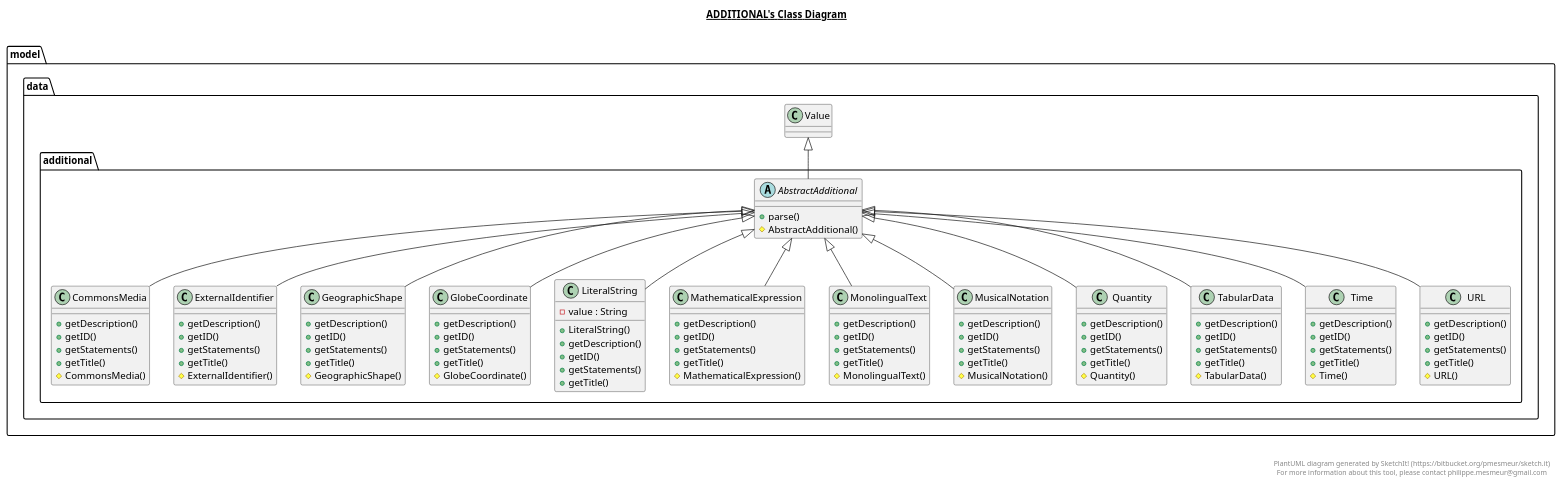
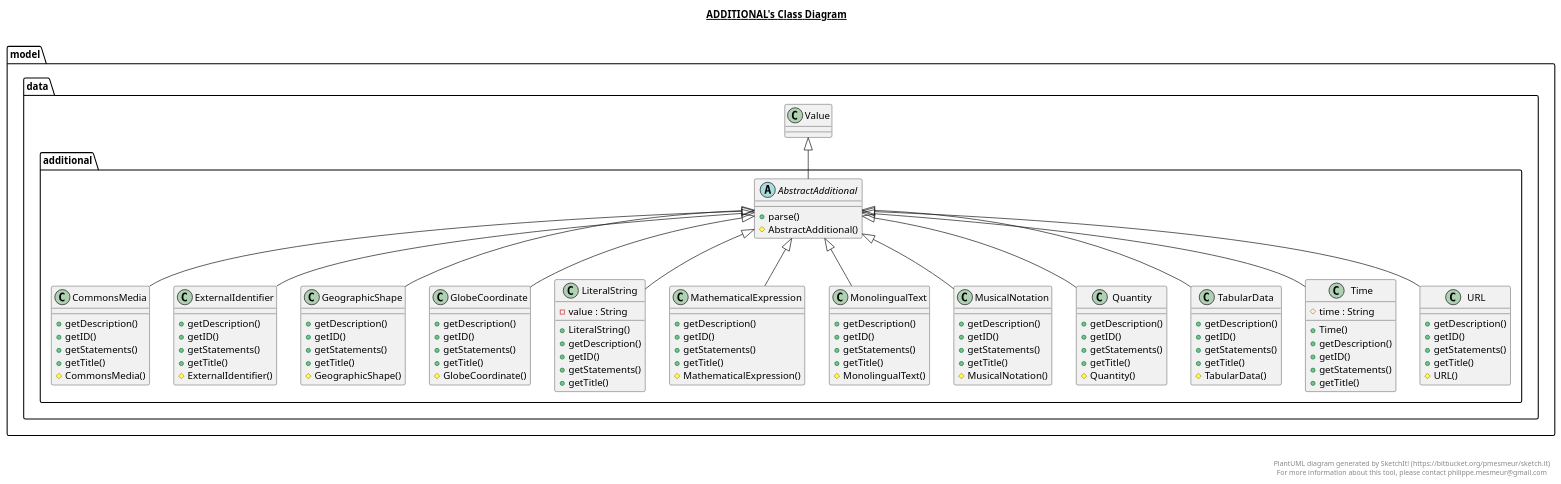
One commit to Bryce-MW/WikidataExplorer changed the diagram in src/main/model/data/additional/additional.plantuml. Above: the diagram before and after it, drawn with PlantUML. The commit also changed 6 other files, not shown here.

Commit message:
Updated diagrams

```diff
--- a/src/main/model/data/additional/additional.plantuml
+++ b/src/main/model/data/additional/additional.plantuml
@@ -1,194 +1,195 @@
 @startuml
 
 title __ADDITIONAL's Class Diagram__\n
 
   namespace model.data {
     namespace additional {
       abstract class model.data.additional.AbstractAdditional {
           + parse()
           # AbstractAdditional()
       }
     }
   }
   
 
   namespace model.data {
     namespace additional {
       class model.data.additional.CommonsMedia {
           + getDescription()
           + getID()
           + getStatements()
           + getTitle()
           # CommonsMedia()
       }
     }
   }
   
 
   namespace model.data {
     namespace additional {
       class model.data.additional.ExternalIdentifier {
           + getDescription()
           + getID()
           + getStatements()
           + getTitle()
           # ExternalIdentifier()
       }
     }
   }
   
 
   namespace model.data {
     namespace additional {
       class model.data.additional.GeographicShape {
           + getDescription()
           + getID()
           + getStatements()
           + getTitle()
           # GeographicShape()
       }
     }
   }
   
 
   namespace model.data {
     namespace additional {
       class model.data.additional.GlobeCoordinate {
           + getDescription()
           + getID()
           + getStatements()
           + getTitle()
           # GlobeCoordinate()
       }
     }
   }
   
 
   namespace model.data {
     namespace additional {
       class model.data.additional.LiteralString {
           - value : String
           + LiteralString()
           + getDescription()
           + getID()
           + getStatements()
           + getTitle()
       }
     }
   }
   
 
   namespace model.data {
     namespace additional {
       class model.data.additional.MathematicalExpression {
           + getDescription()
           + getID()
           + getStatements()
           + getTitle()
           # MathematicalExpression()
       }
     }
   }
   
 
   namespace model.data {
     namespace additional {
       class model.data.additional.MonolingualText {
           + getDescription()
           + getID()
           + getStatements()
           + getTitle()
           # MonolingualText()
       }
     }
   }
   
 
   namespace model.data {
     namespace additional {
       class model.data.additional.MusicalNotation {
           + getDescription()
           + getID()
           + getStatements()
           + getTitle()
           # MusicalNotation()
       }
     }
   }
   
 
   namespace model.data {
     namespace additional {
       class model.data.additional.Quantity {
           + getDescription()
           + getID()
           + getStatements()
           + getTitle()
           # Quantity()
       }
     }
   }
   
 
   namespace model.data {
     namespace additional {
       class model.data.additional.TabularData {
           + getDescription()
           + getID()
           + getStatements()
           + getTitle()
           # TabularData()
       }
     }
   }
   
 
   namespace model.data {
     namespace additional {
       class model.data.additional.Time {
+          # time : String
+          + Time()
           + getDescription()
           + getID()
           + getStatements()
           + getTitle()
-          # Time()
       }
     }
   }
   
 
   namespace model.data {
     namespace additional {
       class model.data.additional.URL {
           + getDescription()
           + getID()
           + getStatements()
           + getTitle()
           # URL()
       }
     }
   }
   
 
   model.data.additional.AbstractAdditional -up-|> model.data.Value
   model.data.additional.CommonsMedia -up-|> model.data.additional.AbstractAdditional
   model.data.additional.ExternalIdentifier -up-|> model.data.additional.AbstractAdditional
   model.data.additional.GeographicShape -up-|> model.data.additional.AbstractAdditional
   model.data.additional.GlobeCoordinate -up-|> model.data.additional.AbstractAdditional
   model.data.additional.LiteralString -up-|> model.data.additional.AbstractAdditional
   model.data.additional.MathematicalExpression -up-|> model.data.additional.AbstractAdditional
   model.data.additional.MonolingualText -up-|> model.data.additional.AbstractAdditional
   model.data.additional.MusicalNotation -up-|> model.data.additional.AbstractAdditional
   model.data.additional.Quantity -up-|> model.data.additional.AbstractAdditional
   model.data.additional.TabularData -up-|> model.data.additional.AbstractAdditional
   model.data.additional.Time -up-|> model.data.additional.AbstractAdditional
   model.data.additional.URL -up-|> model.data.additional.AbstractAdditional
 
 
 right footer
 
 
 PlantUML diagram generated by SketchIt! (https://bitbucket.org/pmesmeur/sketch.it)
 For more information about this tool, please contact philippe.mesmeur@gmail.com
 endfooter
 
 @enduml
```
